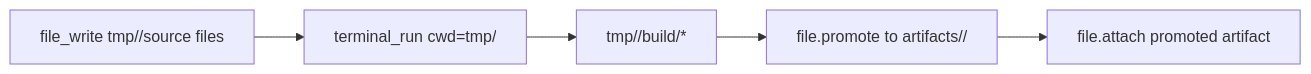
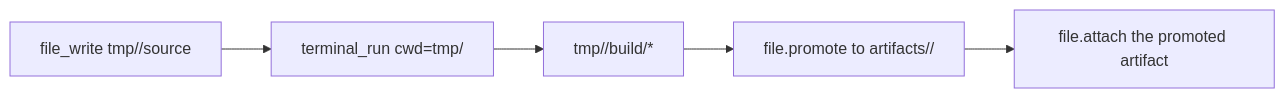
The second of 2 diagrams in README.md (yeomyeonggeori/internkim), drawn with Mermaid before and after one commit. The commit also changed other lines of this file, not shown here.

First line of the commit message:
docs: write the README in English, for the shape the product has now

````diff
--- a/README.md
+++ b/README.md
@@ -95,7 +128,7 @@
 ```mermaid
 flowchart LR
-  Draft["file_write tmp/<slug>/source files"] --> Build["terminal_run cwd=tmp/<slug>"]
+  Draft["file_write tmp/<slug>/source"] --> Build["terminal_run cwd=tmp/<slug>"]
   Build --> Output["tmp/<slug>/build/*"]
   Output --> Promote["file.promote to artifacts/<slug>/"]
-  Promote --> Attach["file.attach promoted artifact"]
+  Promote --> Attach["file.attach the promoted artifact"]
 ```
````
